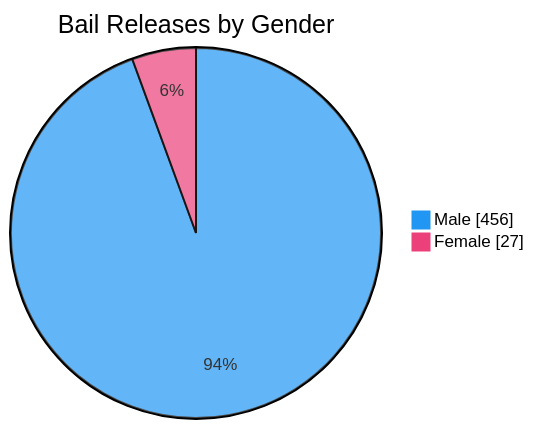
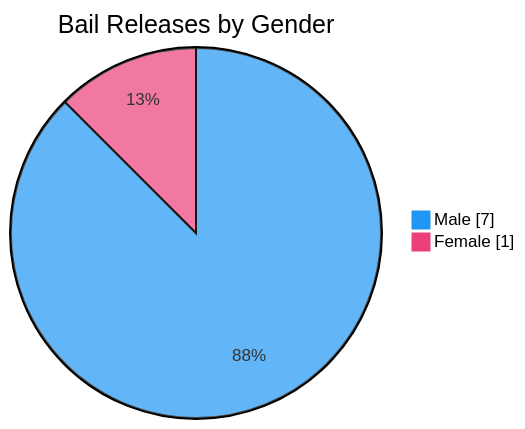
The seventh of 7 diagrams in README.md (nuuuwan/lk_prisons), drawn with Mermaid before and after one commit. The commit also changed other lines of this file and 1 other file, not shown here.

````diff
--- a/README.md
+++ b/README.md
@@ -109,6 +109,6 @@
 ```mermaid
 %%{init: {'themeVariables': {'pie1': '#2196F3', 'pie2': '#EC407A'}}}%%
 pie showData title Bail Releases by Gender
-    "Male" : 456
-    "Female" : 27
+    "Male" : 7
+    "Female" : 1
 ```
````
